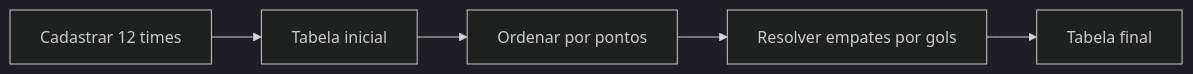
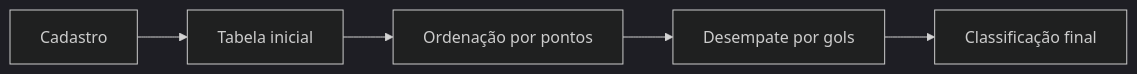
The diagram in CONTEUDO_P2/Exercicio_tabelaPontuacao/README.md (theroven79-droid/ESTRUTURA-DE-DADOS), drawn with Mermaid (dark theme) before and after one commit. The commit also changed other lines of this file, not shown here.

````diff
--- a/CONTEUDO_P2/Exercicio_tabelaPontuacao/README.md
+++ b/CONTEUDO_P2/Exercicio_tabelaPontuacao/README.md
@@ -48,7 +15,7 @@
 ```mermaid
 flowchart LR
-    A["Cadastrar 12 times"] --> B["Tabela inicial"]
-    B --> C["Ordenar por pontos"]
-    C --> D["Resolver empates por gols"]
-    D --> E["Tabela final"]
+    A[Cadastro] --> B[Tabela inicial]
+    B --> C[Ordenação por pontos]
+    C --> D[Desempate por gols]
+    D --> E[Classificação final]
 ```
````
